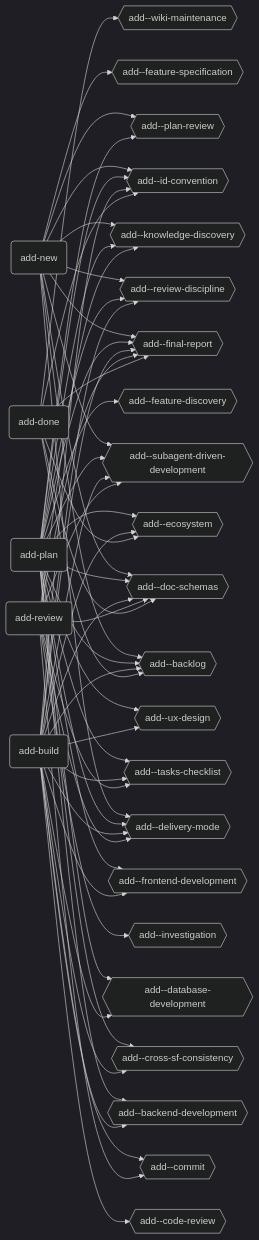
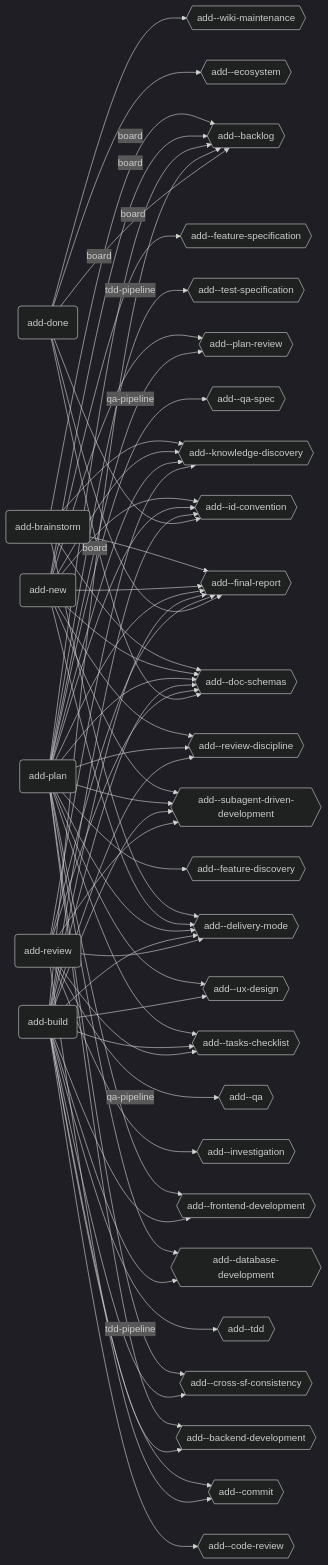
One commit to brabos-ai/code-addiction changed the first of 3 diagrams in ecosystem.md. Above: the diagram before and after it, drawn with Mermaid (dark theme). The commit also changed other lines of this file and 4 other files, not shown here.

````diff
--- a/ecosystem.md
+++ b/ecosystem.md
@@ -8,37 +10,52 @@
 ```mermaid
 graph LR
+  BRAINSTORM(add-brainstorm)
   NEW(add-new)
   PLAN(add-plan)
   BUILD(add-build)
   REVIEW(add-review)
   DONE(add-done)
 
   BADE{{add--backend-development}}
-  BALO{{add--backlog}}
+  BA{{add--backlog}}
   CORE{{add--code-review}}
   CO{{add--commit}}
-  CSC{{add--cross-sf-consistency}}
+  CRSFCO{{add--cross-sf-consistency}}
   DADE{{add--database-development}}
-  DELMO{{add--delivery-mode}}
+  DEMO{{add--delivery-mode}}
   DOSC{{add--doc-schemas}}
   EC{{add--ecosystem}}
   FEDI{{add--feature-discovery}}
   FESP{{add--feature-specification}}
-  FINR{{add--final-report}}
+  FIRE{{add--final-report}}
   FRDE{{add--frontend-development}}
   IDCO{{add--id-convention}}
   IN{{add--investigation}}
   KNDI{{add--knowledge-discovery}}
-  PRV{{add--plan-review}}
-  RVDI{{add--review-discipline}}
-  SDDA{{add--subagent-driven-development}}
+  PLRE{{add--plan-review}}
+  QA{{add--qa}}
+  QASP{{add--qa-spec}}
+  REDI{{add--review-discipline}}
+  SUDRDE{{add--subagent-driven-development}}
   TACH{{add--tasks-checklist}}
+  TD{{add--tdd}}
+  TESP{{add--test-specification}}
   UXDE{{add--ux-design}}
   WIMA{{add--wiki-maintenance}}
 
-  NEW --> BALO & DELMO & DOSC & FESP & FINR & IDCO & KNDI & PRV & RVDI & SDDA
-  PLAN --> BADE & BALO & CSC & DADE & DELMO & DOSC & EC & FEDI & FINR & FRDE & IDCO & KNDI & PRV & RVDI & SDDA & TACH & UXDE
-  BUILD --> BADE & BALO & CORE & CO & CSC & DADE & DELMO & DOSC & EC & FINR & FRDE & IDCO & RVDI & SDDA & TACH & UXDE
-  REVIEW --> CO & DELMO & DOSC & FINR & IN & KNDI & SDDA & TACH
-  DONE --> BALO & DOSC & EC & FINR & IDCO & WIMA
+  BRAINSTORM --> DEMO & DOSC & FIRE & KNDI
+  BRAINSTORM -->|board| BA
+  NEW --> DEMO & DOSC & FESP & FIRE & IDCO & KNDI & PLRE & REDI & SUDRDE
+  NEW -->|board| BA
+  PLAN --> BADE & CRSFCO & DADE & DEMO & DOSC & FEDI & FIRE & FRDE & IDCO & KNDI & PLRE & REDI & SUDRDE & TACH & UXDE
+  PLAN -->|board| BA
+  PLAN -->|qa-pipeline| QASP
+  PLAN -->|tdd-pipeline| TESP
+  BUILD --> BADE & CORE & CO & CRSFCO & DADE & DEMO & DOSC & FIRE & FRDE & IDCO & REDI & SUDRDE & TACH & UXDE
+  BUILD -->|board| BA
+  BUILD -->|tdd-pipeline| TD
+  REVIEW --> CO & DEMO & DOSC & FIRE & IN & KNDI & SUDRDE & TACH
+  REVIEW -->|qa-pipeline| QA
+  DONE --> DOSC & EC & FIRE & IDCO & WIMA
+  DONE -->|board| BA
 ```
````
